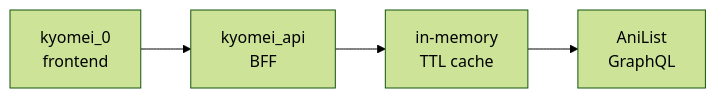
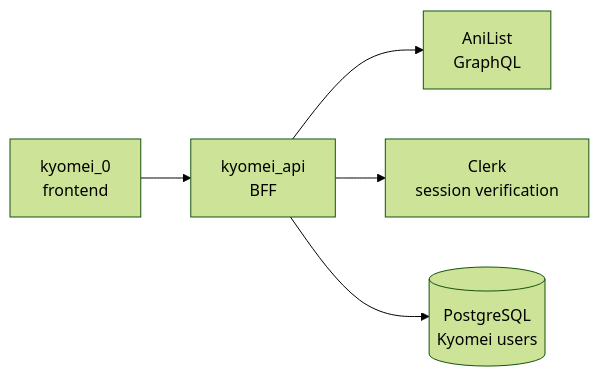
Before and after one commit to DavidRaet/kyomei_api: the diagram in README.md, drawn with Mermaid (forest theme). The commit also changed other lines of this file and 16 other files, not shown here.

Commit message:
feat: add explicit separation between clerk and kyomei user

````diff
--- a/README.md
+++ b/README.md
@@ -49,6 +49,7 @@
 ```mermaid
 flowchart LR
     A[kyomei_0<br/>frontend] --> B[kyomei_api<br/>BFF]
-    B --> C[in-memory<br/>TTL cache]
-    C --> D[AniList<br/>GraphQL]
+    B --> C[AniList<br/>GraphQL]
+    B --> D[Clerk<br/>session verification]
+    B --> E[(PostgreSQL<br/>Kyomei users)]
 ```
````
